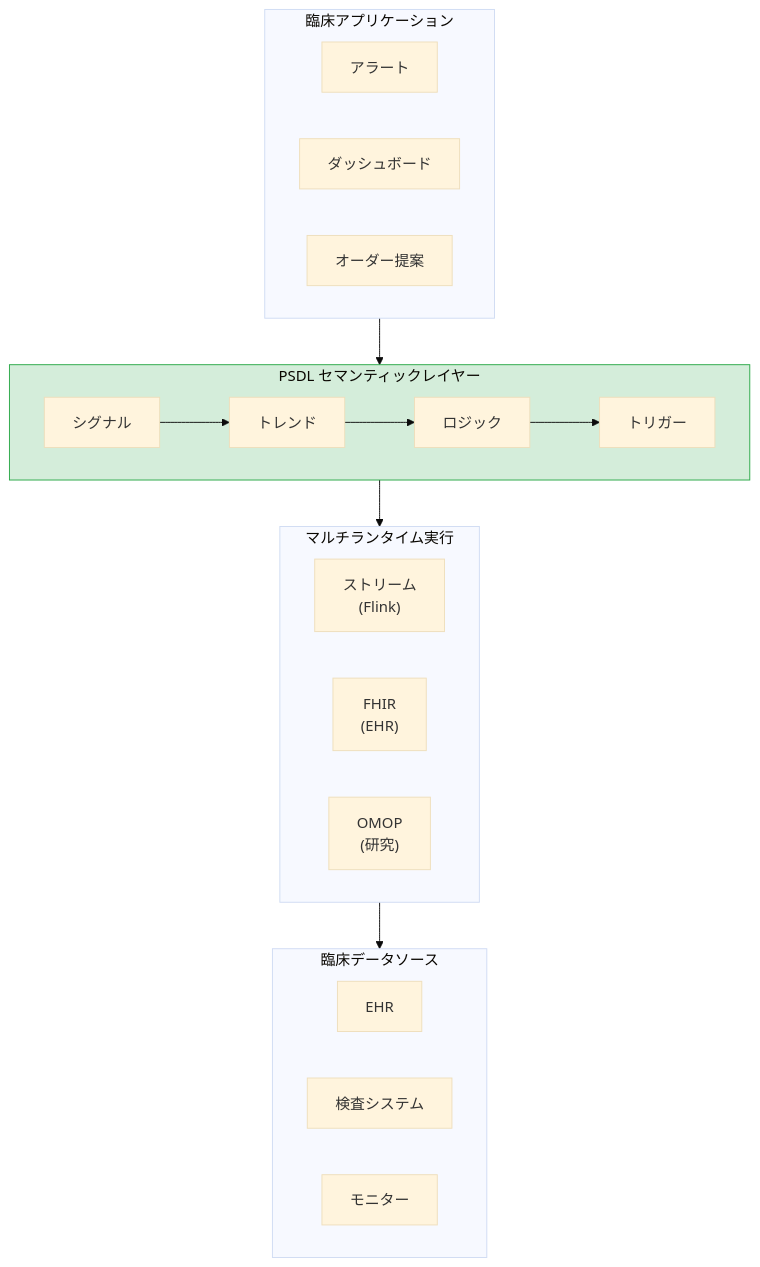
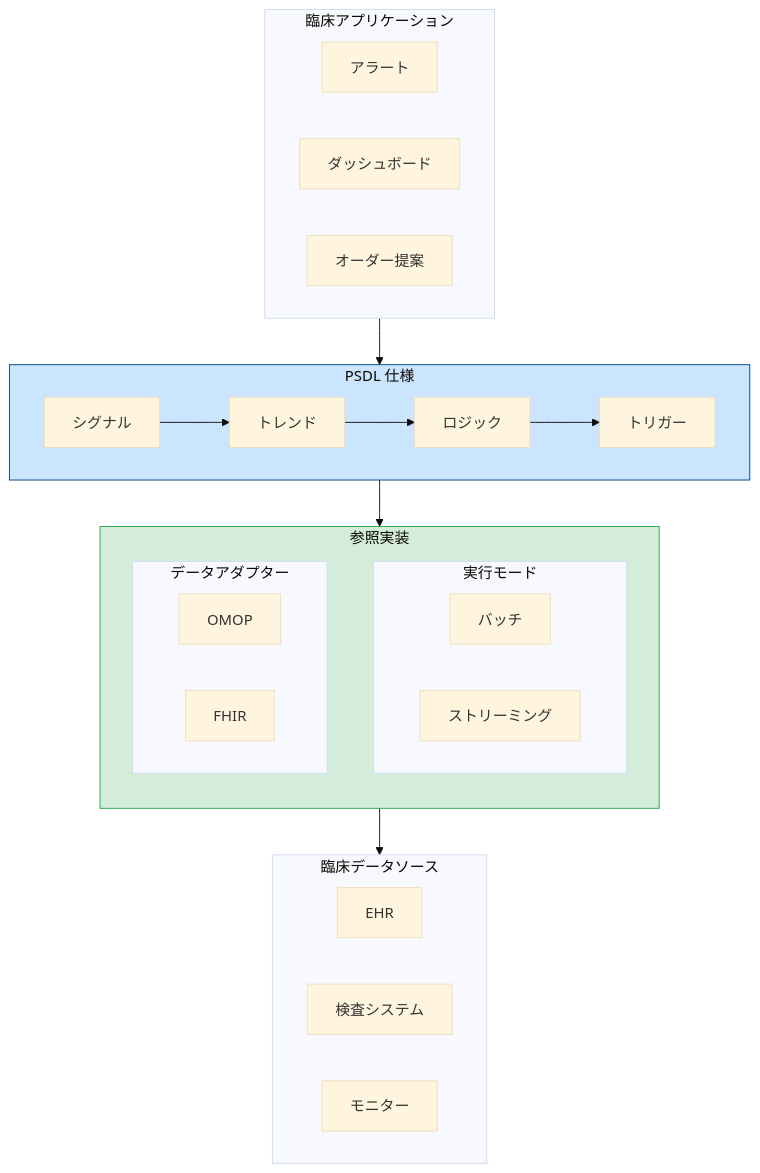
One commit to Chesterguan/PSDL changed the third of 6 diagrams in docs/WHITEPAPER_JA.md. Above: the diagram before and after it, drawn with Mermaid (base theme). The commit also changed other lines of this file and 41 other files, not shown here.

First line of the commit message:
refactor: complete architecture refactoring (reference/adapters) + semantic layer emphasis

````diff
--- a/docs/WHITEPAPER_JA.md
+++ b/docs/WHITEPAPER_JA.md
@@ -120,31 +120,38 @@
 ```mermaid
 flowchart TB
     subgraph Apps["臨床アプリケーション"]
         A1["アラート"]
         A2["ダッシュボード"]
         A3["オーダー提案"]
     end
 
-    subgraph PSDL["PSDL セマンティックレイヤー"]
+    subgraph Spec["PSDL 仕様"]
         direction LR
         S["シグナル"] --> T["トレンド"] --> L["ロジック"] --> TR["トリガー"]
     end
 
-    subgraph Runtime["マルチランタイム実行"]
-        R1["ストリーム<br/>(Flink)"]
-        R2["FHIR<br/>(EHR)"]
-        R3["OMOP<br/>(研究)"]
+    subgraph Impl["参照実装"]
+        direction TB
+        subgraph Exec["実行モード"]
+            E1["バッチ"]
+            E2["ストリーミング"]
+        end
+        subgraph Adapt["データアダプター"]
+            A["OMOP"]
+            B["FHIR"]
+        end
     end
 
     subgraph Data["臨床データソース"]
         D1["EHR"]
         D2["検査システム"]
         D3["モニター"]
     end
 
-    Apps --> PSDL
-    PSDL --> Runtime
-    Runtime --> Data
+    Apps --> Spec
+    Spec --> Impl
+    Impl --> Data
 
-    style PSDL fill:#d4edda,stroke:#28a745
+    style Spec fill:#cce5ff,stroke:#004085
+    style Impl fill:#d4edda,stroke:#28a745
 ```
````
